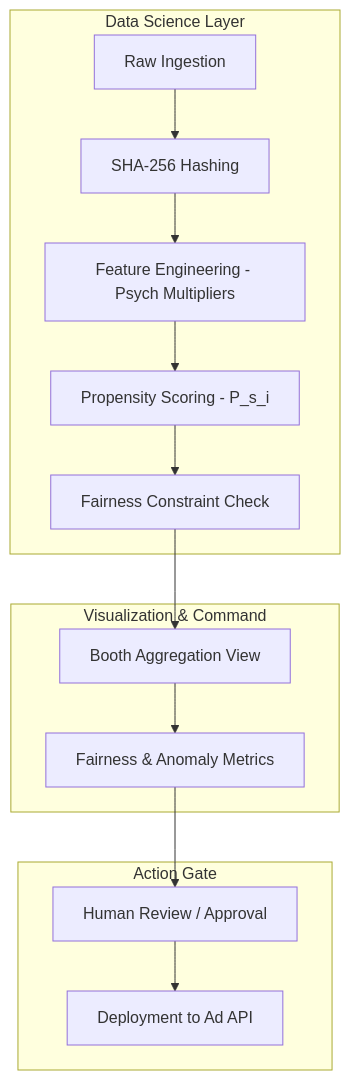
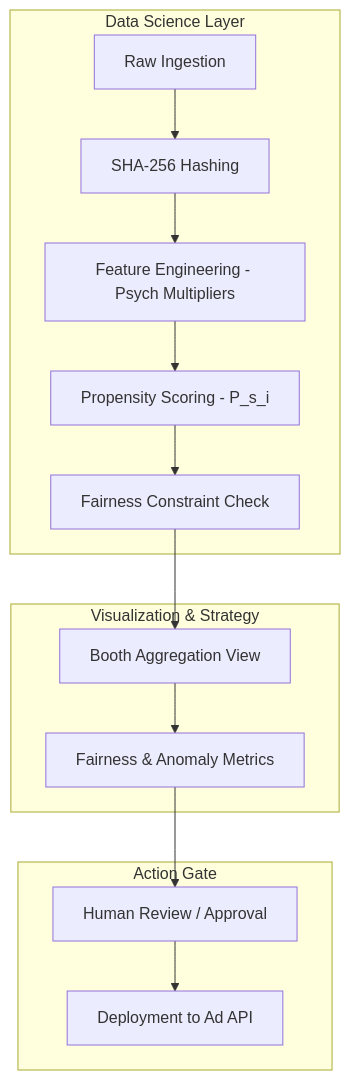
One commit to pramodcbabu/debaz changed the diagram in nethra/docs/technical_specs.md. Above: the diagram before and after it, drawn with Mermaid. The commit also changed other lines of this file and 6 other files, not shown here.

````diff
--- a/nethra/docs/technical_specs.md
+++ b/nethra/docs/technical_specs.md
@@ -38,19 +38,19 @@
 ```mermaid
 graph TD
     subgraph "Data Science Layer"
         A[Raw Ingestion] --> B[SHA-256 Hashing]
         B --> C[Feature Engineering - Psych Multipliers]
         C --> D[Propensity Scoring - P_s_i]
         D --> E[Fairness Constraint Check]
     end
     
-    subgraph "Visualization & Command"
+    subgraph "Visualization & Strategy"
         E --> F[Booth Aggregation View]
         F --> G[Fairness & Anomaly Metrics]
     end
     
     subgraph "Action Gate"
         G --> H[Human Review / Approval]
         H --> I[Deployment to Ad API]
     end
 ```
````
